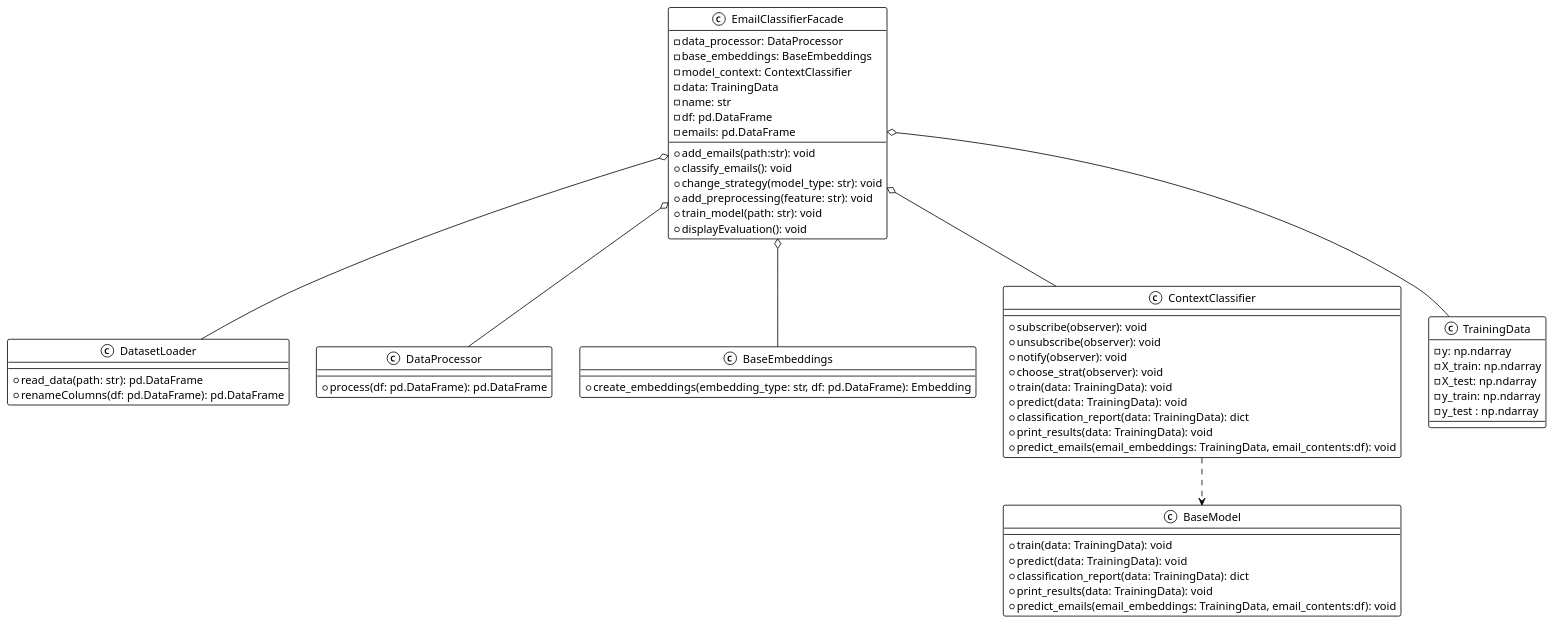
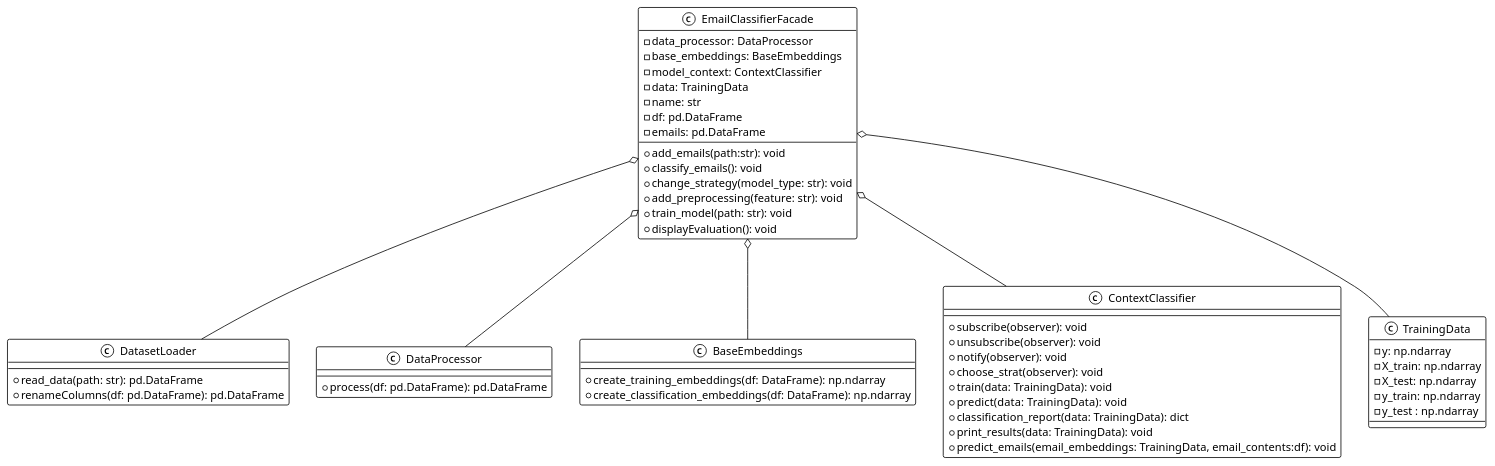
The diagram in uml/facade_pattern_sel.wsd (chrnas/email-classifier), drawn with PlantUML before and after one commit. The commit also changed 24 other files, not shown here.

```diff
--- a/uml/facade_pattern_sel.wsd
+++ b/uml/facade_pattern_sel.wsd
@@ -1,72 +1,64 @@
 @startuml
 !theme mono
 
 class EmailClassifierFacade {
     - data_processor: DataProcessor
     - base_embeddings: BaseEmbeddings
     - model_context: ContextClassifier
     - data: TrainingData
     - name: str
     - df: pd.DataFrame
     - emails: pd.DataFrame
     + add_emails(path:str): void
     + classify_emails(): void
     + change_strategy(model_type: str): void
     + add_preprocessing(feature: str): void
     + train_model(path: str): void
     + displayEvaluation(): void
 
 }
 
 class DatasetLoader {
     + read_data(path: str): pd.DataFrame
     + renameColumns(df: pd.DataFrame): pd.DataFrame
 }
 
 class DataProcessor {
     + process(df: pd.DataFrame): pd.DataFrame
 }
 
 class BaseEmbeddings {
-    + create_embeddings(embedding_type: str, df: pd.DataFrame): Embedding
+    + create_training_embeddings(df: DataFrame): np.ndarray
+    + create_classification_embeddings(df: DataFrame): np.ndarray
 }
 
 class ContextClassifier{
     + subscribe(observer): void
     + unsubscribe(observer): void
     + notify(observer): void
     + choose_strat(observer): void
     + train(data: TrainingData): void 
     + predict(data: TrainingData):  void 
     + classification_report(data: TrainingData): dict
     + print_results(data: TrainingData): void 
     + predict_emails(email_embeddings: TrainingData, email_contents:df): void
 
-}
-
-class BaseModel {
-    + train(data: TrainingData): void 
-    + predict(data: TrainingData):  void 
-    + classification_report(data: TrainingData): dict
-    + print_results(data: TrainingData): void 
-    + predict_emails(email_embeddings: TrainingData, email_contents:df): void 
 }
 
 class TrainingData {
     - y: np.ndarray
     - X_train: np.ndarray
     - X_test: np.ndarray
     - y_train: np.ndarray
     - y_test : np.ndarray
 
 
 }
 
 EmailClassifierFacade o-- DatasetLoader
 EmailClassifierFacade o-- DataProcessor
 EmailClassifierFacade o-- BaseEmbeddings
 EmailClassifierFacade o-- ContextClassifier
 EmailClassifierFacade o-- TrainingData
-ContextClassifier ..> BaseModel
 
 @enduml
```
